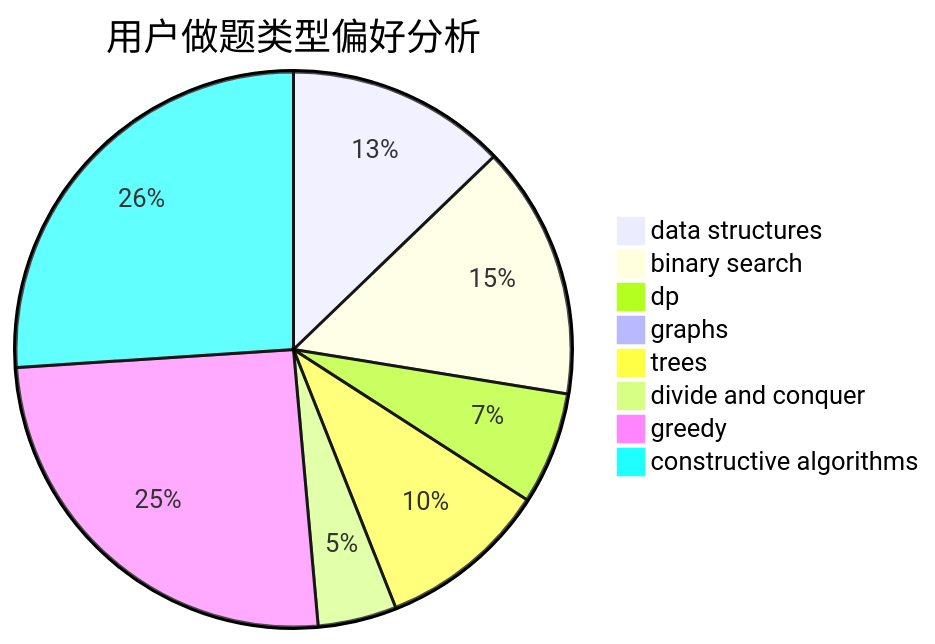
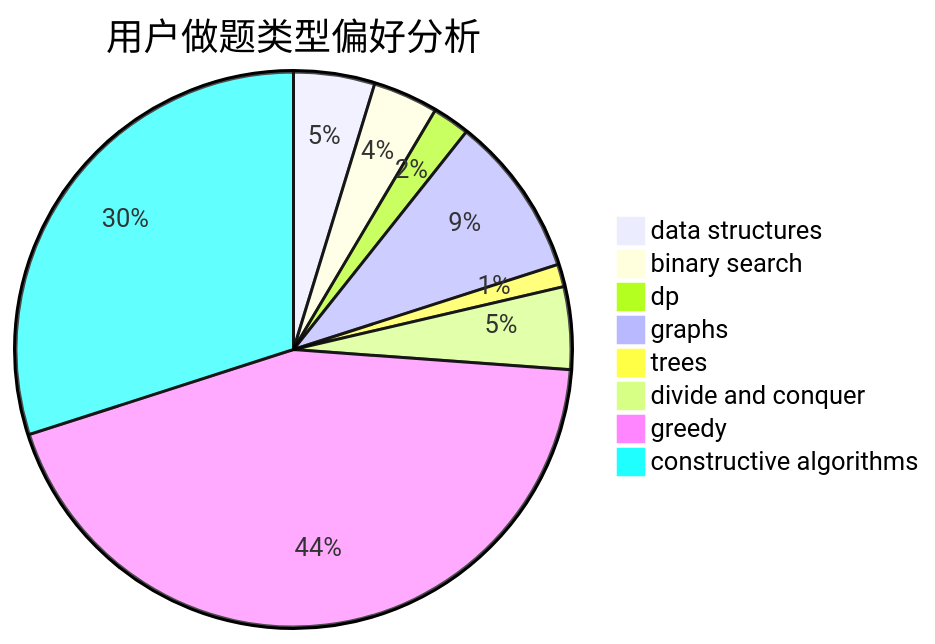
The second of 3 diagrams in docs/user/u414.md (sherpahu/cfrs.github.io), drawn with Mermaid before and after one commit. The commit also changed other lines of this file and 2770 other files, not shown here.

````diff
--- a/docs/user/u414.md
+++ b/docs/user/u414.md
@@ -23,11 +23,11 @@
 ```mermaid
 pie title 用户做题类型偏好分析
-    "data structures" :  176
-    "binary search" :  203
-    "dp" :  90
-    "graphs" :  8
-    "trees" :  136
-    "divide and conquer" :  63
-    "greedy" :  349
-    "constructive algorithms" :  358
+    "data structures" :  61
+    "binary search" :  49
+    "dp" :  28
+    "graphs" :  121
+    "trees" :  17
+    "divide and conquer" :  62
+    "greedy" :  567
+    "constructive algorithms" :  387
 ```
````
